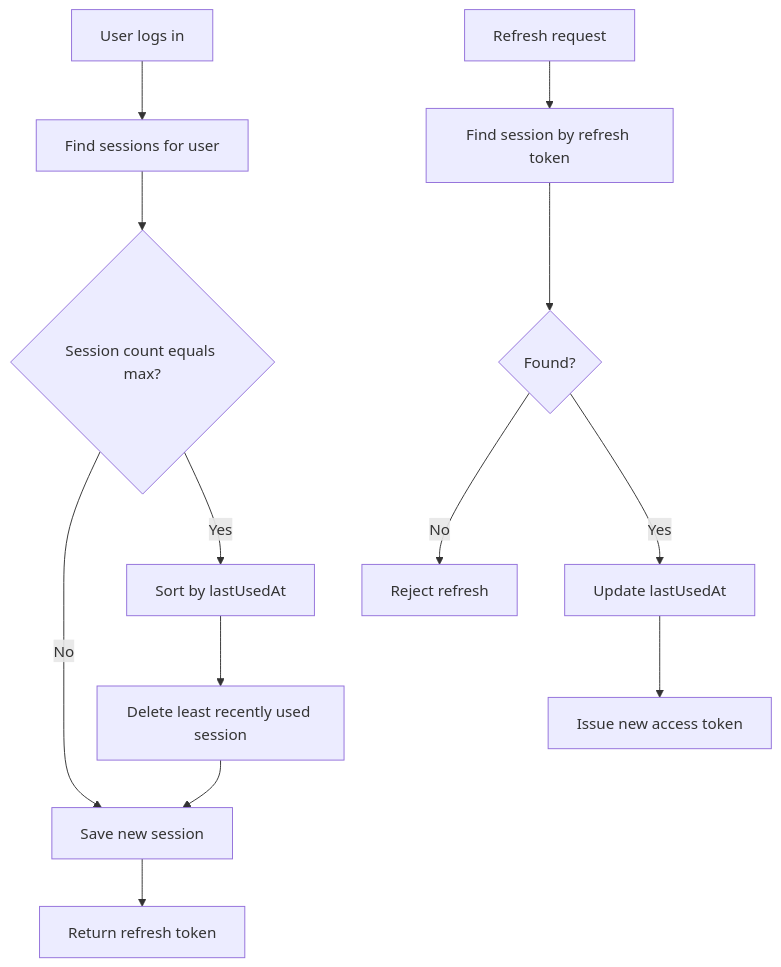
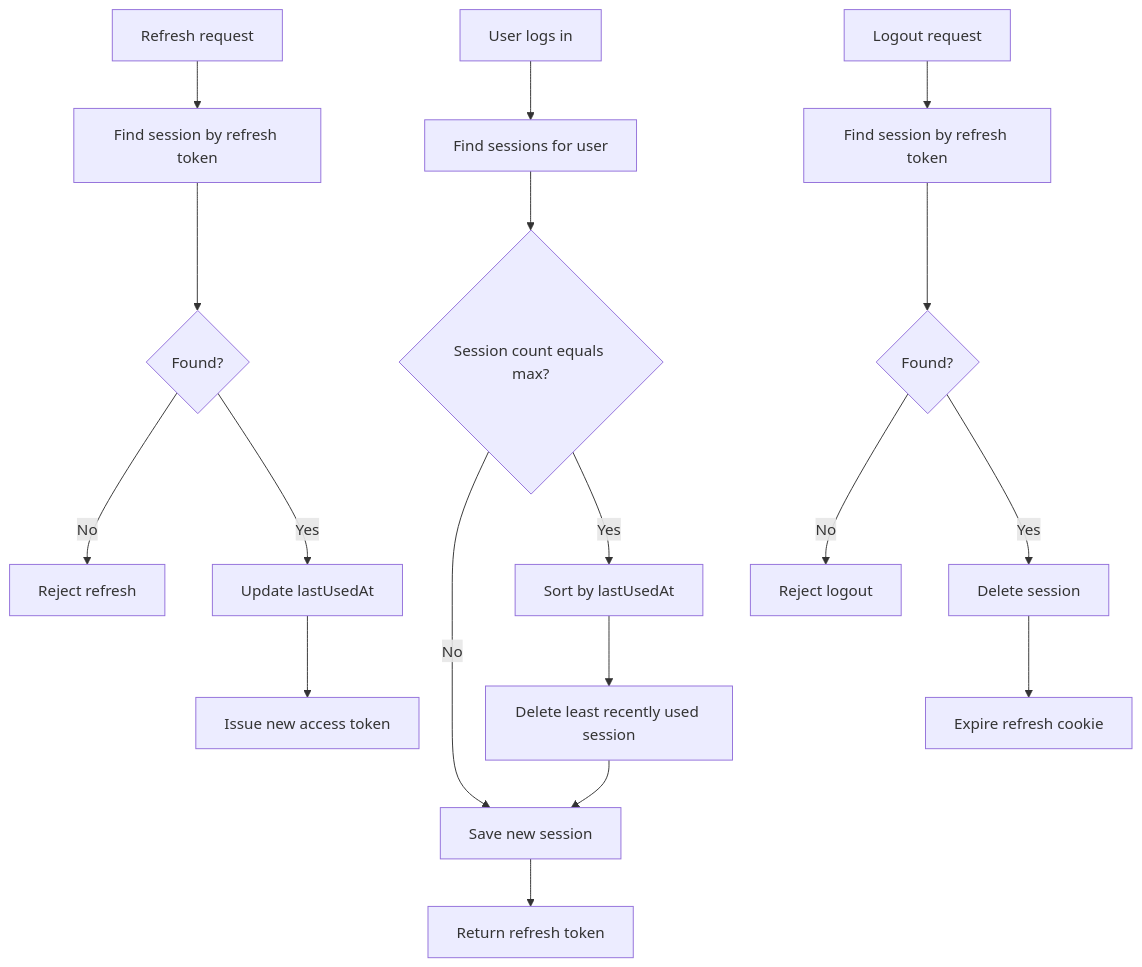
One commit to shubhgaur37/SpringBoot changed the fourth of 9 diagrams in M5_Spring_Security_Demo/README.md. Above: the diagram before and after it, drawn with Mermaid. The commit also changed other lines of this file and 3 other files, not shown here.

Commit message:
Adding Logout Flow

````diff
--- a/M5_Spring_Security_Demo/README.md
+++ b/M5_Spring_Security_Demo/README.md
@@ -294,16 +308,22 @@
 ```mermaid
 flowchart TD
-    A[User logs in] --> B[Find sessions for user]
-    B --> C{Session count equals max?}
-    C -- No --> F[Save new session]
-    C -- Yes --> D[Sort by lastUsedAt]
-    D --> E[Delete least recently used session]
+    A["User logs in"] --> B["Find sessions for user"]
+    B --> C{"Session count equals max?"}
+    C -->|No| F["Save new session"]
+    C -->|Yes| D["Sort by lastUsedAt"]
+    D --> E["Delete least recently used session"]
     E --> F
-    F --> G[Return refresh token]
+    F --> G["Return refresh token"]
 
-    H[Refresh request] --> I[Find session by refresh token]
-    I --> J{Found?}
-    J -- No --> K[Reject refresh]
-    J -- Yes --> L[Update lastUsedAt]
-    L --> M[Issue new access token]
+    H["Refresh request"] --> I["Find session by refresh token"]
+    I --> J{"Found?"}
+    J -->|No| K["Reject refresh"]
+    J -->|Yes| L["Update lastUsedAt"]
+    L --> M["Issue new access token"]
+
+    N["Logout request"] --> O["Find session by refresh token"]
+    O --> P{"Found?"}
+    P -->|No| Q["Reject logout"]
+    P -->|Yes| R["Delete session"]
+    R --> S["Expire refresh cookie"]
 ```
````
